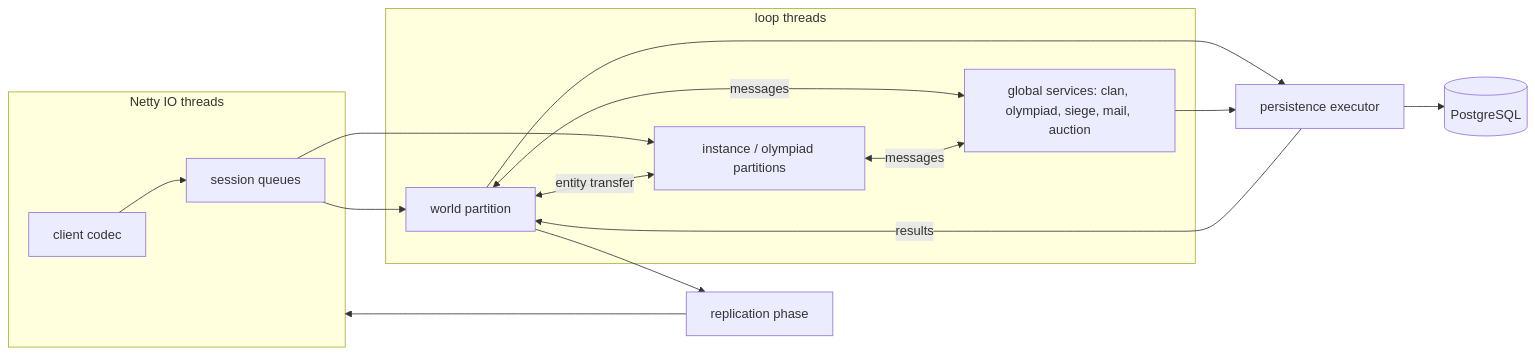
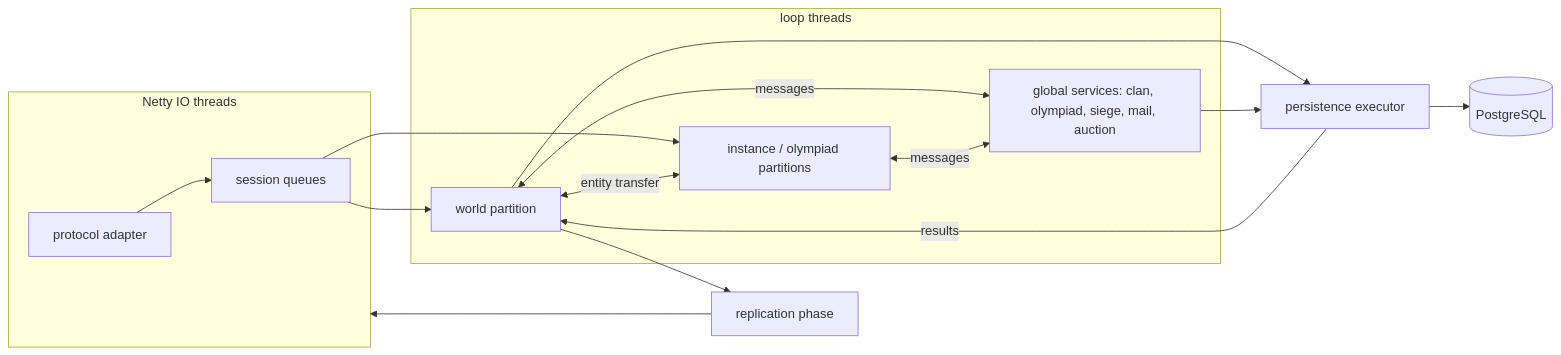
Before and after one commit to l2nx/nx-l2: the diagram in docs/specs/003-engine-core/spec.md, drawn with Mermaid. The commit also changed other lines of this file and 12 other files, not shown here.

````diff
--- a/docs/specs/003-engine-core/spec.md
+++ b/docs/specs/003-engine-core/spec.md
@@ -35,20 +35,20 @@
 ```mermaid
 flowchart LR
   subgraph IO[Netty IO threads]
-    C1[client codec] --> SQ[session queues]
+    C1[protocol adapter] --> SQ[session queues]
   end
   SQ --> W
   SQ --> I
   subgraph Loops[loop threads]
     W[world partition]
     I[instance / olympiad partitions]
     G[global services: clan, olympiad, siege, mail, auction]
   end
   W <-->|messages| G
   I <-->|messages| G
   W <-->|entity transfer| I
   W --> R[replication phase] --> IO
   W --> P[persistence executor] --> DB[(PostgreSQL)]
   G --> P
   P -->|results| W
 ```
````
